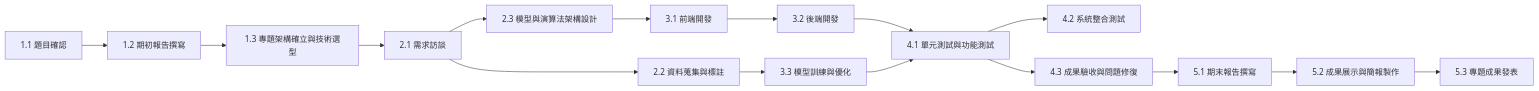
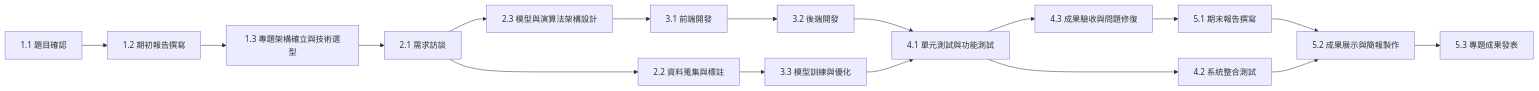
One commit to hong-wei-qi/campus-traffic-violation-identification-system changed the second of 2 diagrams in README.md. Above: the diagram before and after it, drawn with Mermaid.

````diff
--- a/README.md
+++ b/README.md
@@ -46,20 +46,21 @@
 ```mermaid
 graph LR
 
     B[1.1 題目確認] --> C[1.2 期初報告撰寫];
     C --> D[1.3 專題架構確立與技術選型];
     D --> E[2.1 需求訪談];
     E --> F[2.2 資料蒐集與標註];
     E --> G[2.3 模型與演算法架構設計];
     G --> H[3.1 前端開發];
     H --> I[3.2 後端開發];
     F --> J[3.3 模型訓練與優化];
     I --> K[4.1 單元測試與功能測試];
     J --> K;
     K --> L[4.2 系統整合測試];
     K --> M[4.3 成果驗收與問題修復];
     M --> N[5.1 期末報告撰寫];
     N --> O[5.2 成果展示與簡報製作];
+    L --> O;
     O --> P[5.3 專題成果發表];
 
 ```
````
